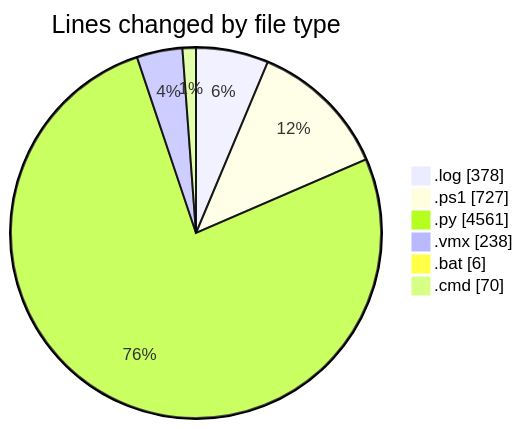
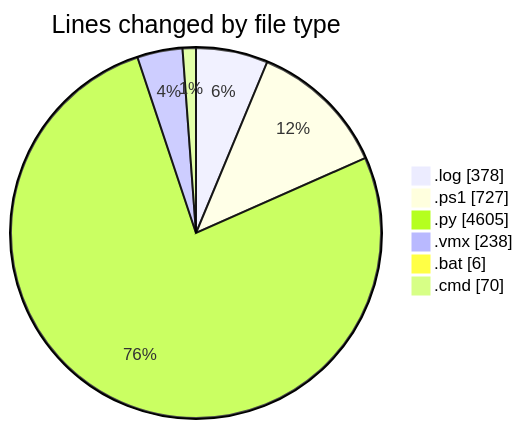
The first of 2 diagrams in 2026-07-08/twenty_versions_aminor/README.md (shibass792/code-tracking), drawn with Mermaid before and after one commit. The commit also changed other lines of this file and 1 other file, not shown here.

````diff
--- a/2026-07-08/twenty_versions_aminor/README.md
+++ b/2026-07-08/twenty_versions_aminor/README.md
@@ -57,10 +58,10 @@
 ```mermaid
 pie showData
 title Lines changed by file type
 ".log" : 378
 ".ps1" : 727
-".py" : 4561
+".py" : 4605
 ".vmx" : 238
 ".bat" : 6
 ".cmd" : 70
 ```
````
